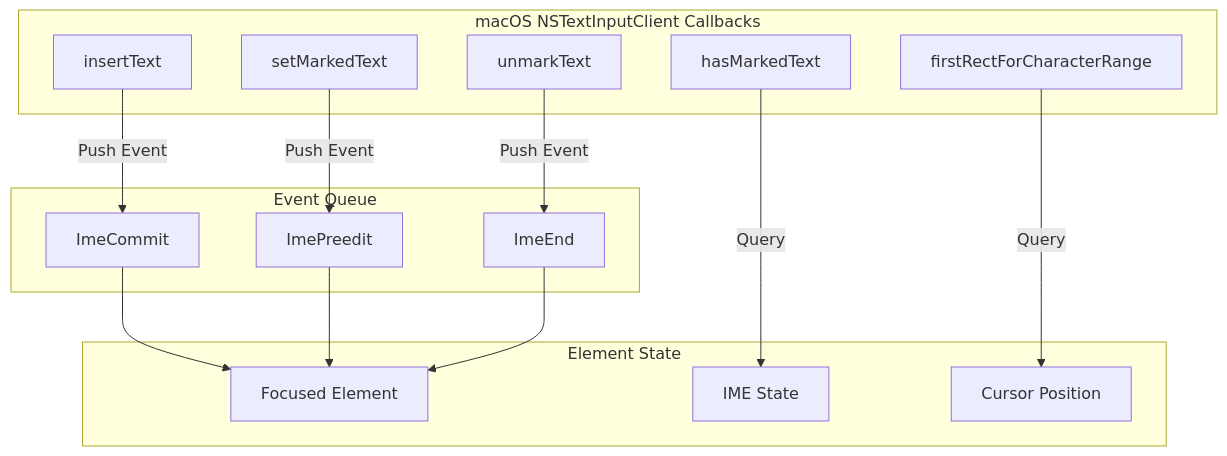
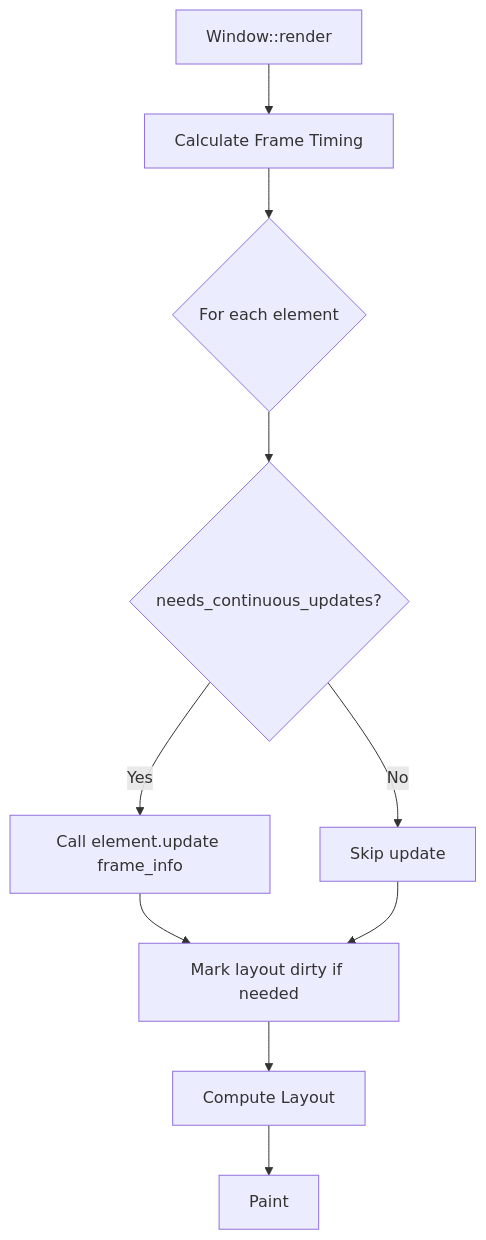
The second of 2 diagrams in ARCHITECTURE.md (shi-yan/AssortedWidgets), drawn with Mermaid before and after one commit. The commit also changed other lines of this file and 4 other files, not shown here.

````diff
--- a/ARCHITECTURE.md
+++ b/ARCHITECTURE.md
@@ -218,33 +233,12 @@
 ```mermaid
-graph TB
-    subgraph "macOS NSTextInputClient Callbacks"
-        A[insertText]
-        B[setMarkedText]
-        C[unmarkText]
-        D[hasMarkedText]
-        E[firstRectForCharacterRange]
-    end
-
-    subgraph "Event Queue"
-        F[ImeCommit]
-        G[ImePreedit]
-        H[ImeEnd]
-    end
-
-    subgraph "Element State"
-        I[Focused Element]
-        J[IME State]
-        K[Cursor Position]
-    end
-
-    A -->|Push Event| F
-    B -->|Push Event| G
-    C -->|Push Event| H
-
-    D -->|Query| J
-    E -->|Query| K
-
-    F --> I
-    G --> I
-    H --> I
+graph TD
+    A[Window::render] --> B[Calculate Frame Timing]
+    B --> C{For each element}
+    C --> D{needs_continuous_updates?}
+    D -->|Yes| E[Call element.update frame_info]
+    D -->|No| F[Skip update]
+    E --> G[Mark layout dirty if needed]
+    F --> G
+    G --> H[Compute Layout]
+    H --> I[Paint]
 ```
````
